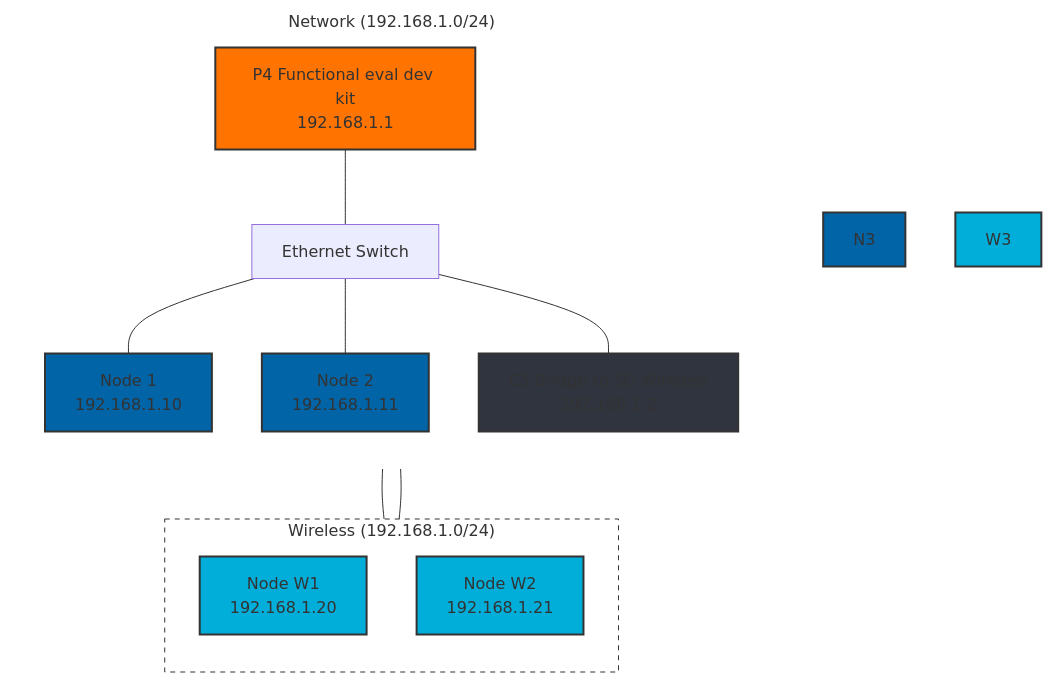
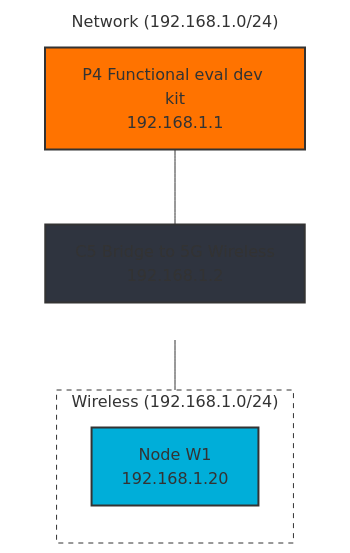
Before and after one commit to espressif/network_demo: the second of 2 diagrams in README.md, drawn with Mermaid.

Commit message:
Update network description diagram

````diff
--- a/README.md
+++ b/README.md
@@ -49,36 +49,25 @@
 ```mermaid
 flowchart TB
     subgraph Network["Network (192.168.1.0/24)"]
         direction TB
         B[P4 Functional eval dev kit\n192.168.1.1]
-        S[Ethernet Switch]
-        N1[Node 1\n192.168.1.10]
-        N2[Node 2\n192.168.1.11]
         BR[C5 Bridge to 5G Wireless\n192.168.1.2]
 
-        B --- S
-        S --- N1
-        S --- N2
-        S --- BR
+        B --- BR
+        
     end
     
     subgraph Wireless["Wireless (192.168.1.0/24)"]
         direction TB
         W1[Node W1\n192.168.1.20]
-        W2[Node W2\n192.168.1.21]
         
         BR --- W1
-        BR --- W2
     end
     
     style Network fill:none,stroke:none
     style Wireless fill:none,stroke-dasharray: 5 5,stroke:#333
     style B fill:#FF7300,stroke:#333,stroke-width:2px
     style BR fill:#2F343F,stroke:#333,stroke-width:2px
-    style N1 fill:#0064A7,stroke:#333,stroke-width:2px
-    style N2 fill:#0064A7,stroke:#333,stroke-width:2px
-    style N3 fill:#0064A7,stroke:#333,stroke-width:2px
     style W1 fill:#00AED9,stroke:#333,stroke-width:2px
-    style W2 fill:#00AED9,stroke:#333,stroke-width:2px
-    style W3 fill:#00AED9,stroke:#333,stroke-width:2px
+
 ```
````
